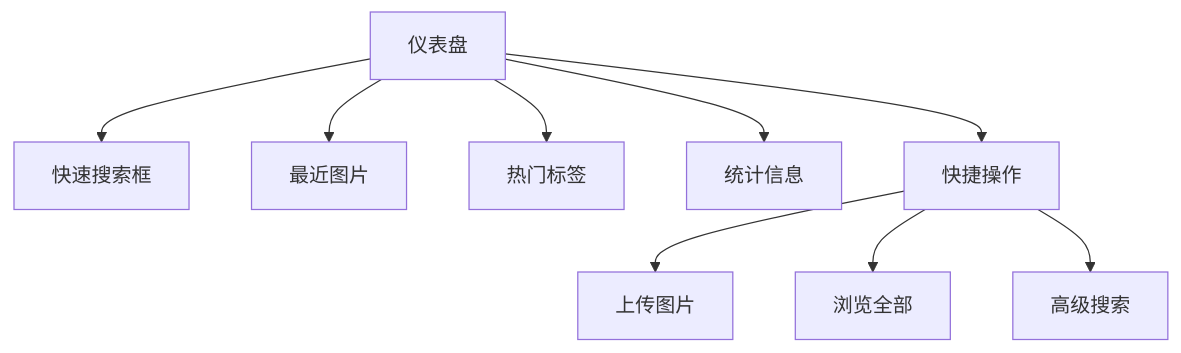
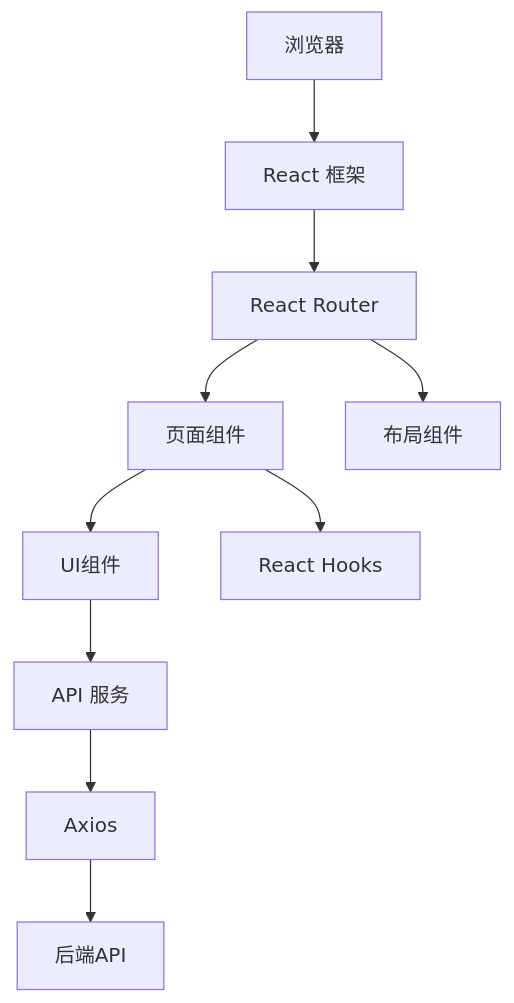
One commit to li-xiu-qi/SmartlmageFinder changed the first of 2 diagrams in docs/frontend_design.md. Above: the diagram before and after it, drawn with Mermaid. The commit also changed other lines of this file and 19 other files, not shown here.

````diff
--- a/docs/frontend_design.md
+++ b/docs/frontend_design.md
@@ -77,12 +55,12 @@
 ```mermaid
 graph TD
-    Dashboard[仪表盘] --> QuickSearch[快速搜索框]
-    Dashboard --> RecentImages[最近图片]
-    Dashboard --> PopularTags[热门标签]
-    Dashboard --> Stats[统计信息]
-    Dashboard --> QuickActions[快捷操作]
-    
-    QuickActions --> UploadButton[上传图片]
-    QuickActions --> BrowseButton[浏览全部]
-    QuickActions --> SearchAdvanced[高级搜索]
+    Browser[浏览器] --> React[React 框架]
+    React --> Router[React Router]
+    Router --> Pages[页面组件]
+    Router --> Layouts[布局组件]
+    Pages --> Components[UI组件]
+    Pages --> Hooks[React Hooks]
+    Components --> ApiServices[API 服务]
+    ApiServices --> Axios[Axios]
+    Axios --> Backend[后端API]
 ```
````
